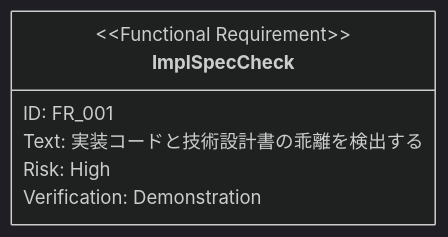
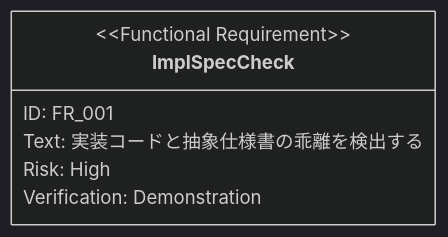
The second of 2 diagrams in .sdd/requirement/quality-guardrails/impl-spec-check.md (ToshikiImagawa/ai-sdd-workflow-dev), drawn with Mermaid before and after one commit. The commit also changed other lines of this file and 35 other files, not shown here.

````diff
--- a/.sdd/requirement/quality-guardrails/impl-spec-check.md
+++ b/.sdd/requirement/quality-guardrails/impl-spec-check.md
@@ -65,10 +75,10 @@
 ```mermaid
 %%{init: {'theme': 'dark'}}%%
 requirementDiagram
     functionalRequirement ImplSpecCheck {
         id: FR_001
-        text: "実装コードと技術設計書の乖離を検出する"
+        text: "実装コードと抽象仕様書の乖離を検出する"
         risk: high
         verifymethod: demonstration
     }
 ```
````
